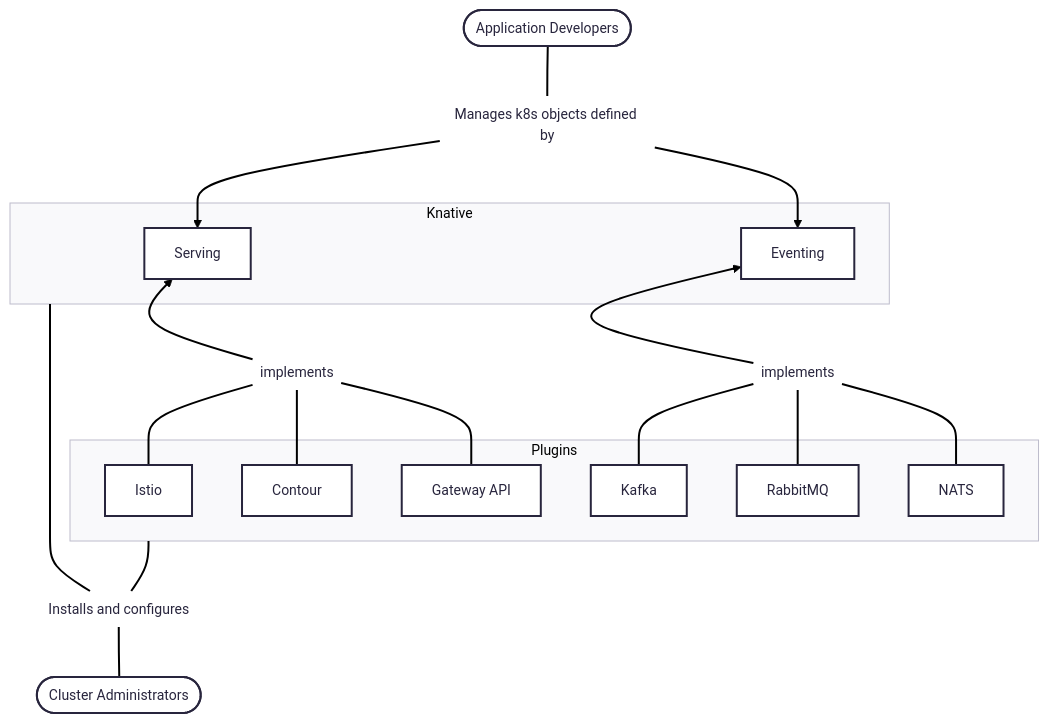
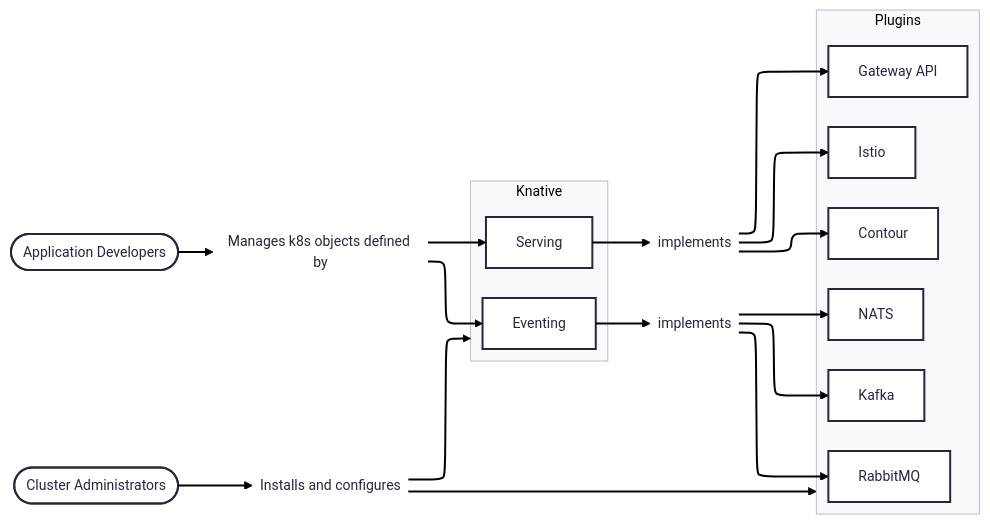
One commit to knative/docs changed the diagram in docs/versioned/admin/admin-overview.md. Above: the diagram before and after it, drawn with Mermaid. The commit also changed other lines of this file, not shown here.

Commit message:
Update admin-overview.md
Reviewer updates and mermaid edits

````diff
--- a/docs/versioned/admin/admin-overview.md
+++ b/docs/versioned/admin/admin-overview.md
@@ -12,38 +12,34 @@
 ```mermaid
 ---
 config:
   theme: redux
+  layout: elk
 ---
-flowchart TD
-    Dev(["Application Developers"])
-    dev-acts@{ shape: text, label: "Manages k8s objects defined by" }
-    subgraph Knative
-        Serving
-        Eventing
-    end
-    subgraph Plugins
+flowchart LR
+ subgraph Knative["Knative"]
+    direction LR
+        Serving["Serving"]
+        Eventing["Eventing"]
+  end
+ subgraph Plugins["Plugins"]
+    direction LR
         net-istio["Istio"]
         net-contour["Contour"]
         net-gateway-api["Gateway API"]
         event-kafka["Kafka"]
         event-rabbitmq["RabbitMQ"]
         event-nats["NATS"]
-    end
-    event-impl@{ shape: text, label: "implements" }
-    net-impl@{ shape: text, label: "implements" }
-    admin-acts@{ shape: text, label: "Installs and configures" }
-    Admin(["Cluster Administrators"])
-
-    Dev --- dev-acts
+  end
+    Dev(["Application Developers"]) --> dev-acts["Manages k8s objects defined by"]
     dev-acts --> Serving & Eventing
-    
-    admin-acts --- Admin
-    Plugins & Knative --- admin-acts
-    %% The ~~~ ... --> syntax is used to force backwards arrows;
-    %% See https://github.com/mermaid-js/mermaid/issues/2629 for details.
-    Serving ~~~ net-impl --> Serving
-    Eventing ~~~ event-impl --> Eventing
-
-    net-impl --- net-istio & net-contour & net-gateway-api
-    event-impl --- event-kafka & event-rabbitmq & event-nats
+    Admin(["Cluster Administrators"]) --> admin-acts["Installs and configures"]
+    admin-acts --> Knative & Plugins
+    Serving --> net-impl["implements"]
+    net-impl --> net-istio & net-contour & net-gateway-api
+    Eventing --> event-impl["implements"]
+    event-impl --> event-kafka & event-rabbitmq & event-nats
+    dev-acts@{ shape: text}
+    admin-acts@{ shape: text}
+    net-impl@{ shape: text}
+    event-impl@{ shape: text}
 ```
````
